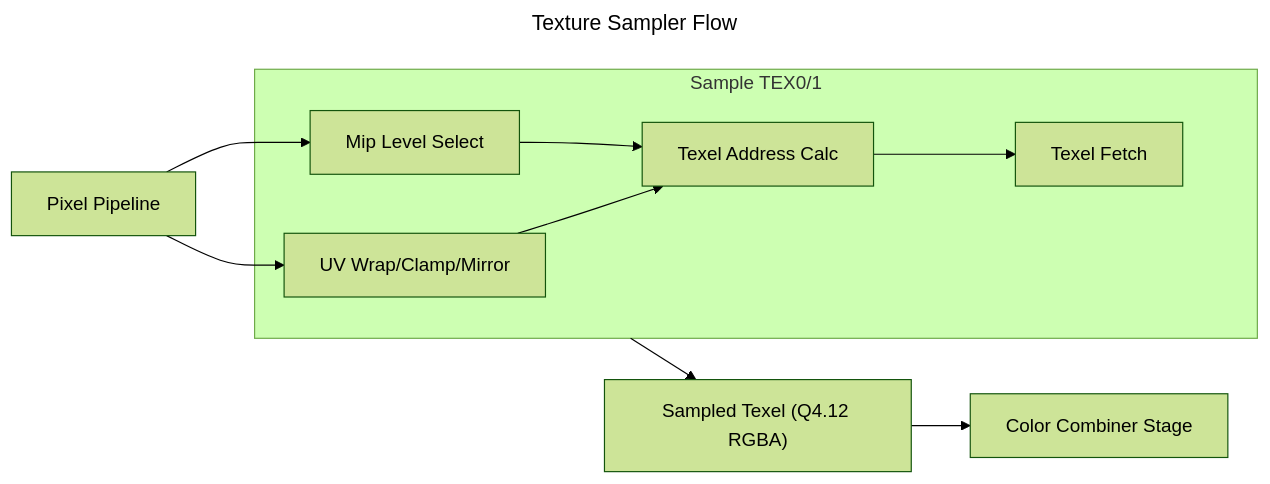
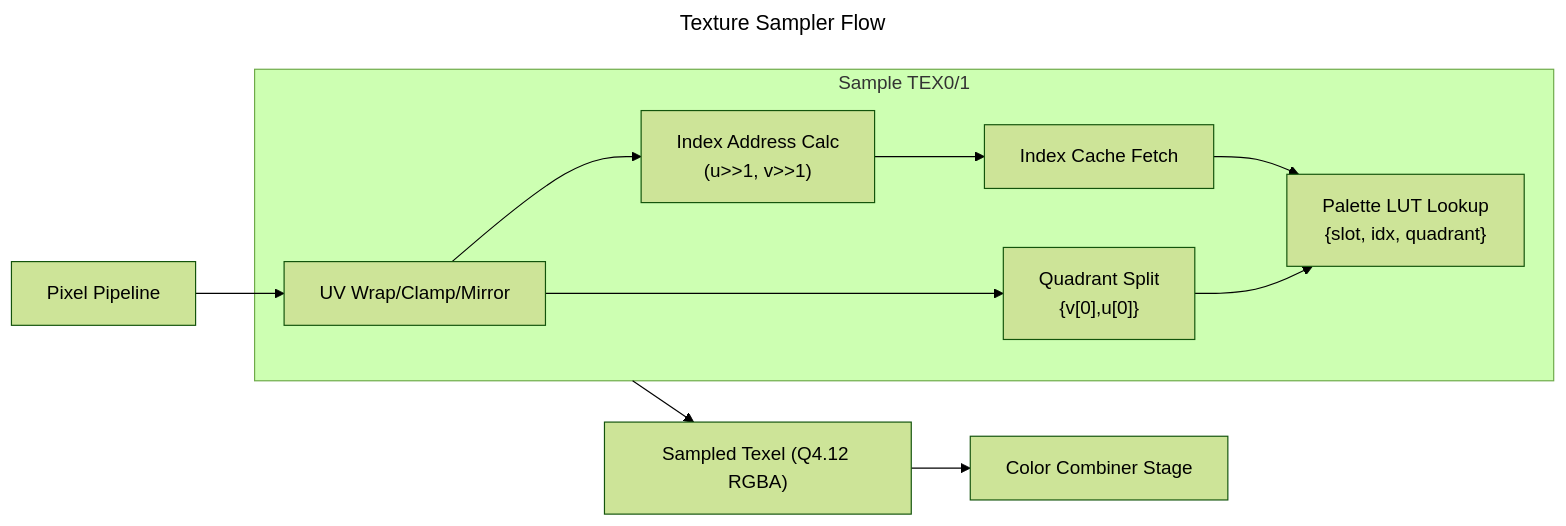
One commit to londey/pico-gs changed the sixth of 10 diagrams in ARCHITECTURE.md. Above: the diagram before and after it, drawn with Mermaid (forest theme). The commit also changed other lines of this file and 43 other files, not shown here.

First line of the commit message:
Enhance verification documentation for perspective road rendering and introduce palette slot verification

````diff
--- a/ARCHITECTURE.md
+++ b/ARCHITECTURE.md
@@ -211,26 +211,26 @@
 ```mermaid
 ---
 title: Texture Sampler Flow
 ---
 flowchart LR
     PIXEL["Pixel Pipeline"]
 
     subgraph TEX_STAGE["Sample TEX0/1"]
         UV_WRAP["UV Wrap/Clamp/Mirror"]
-        MIP_SELECT["Mip Level Select"]
-        TEX_ADDR["Texel Address Calc"]
+        QUAD_SPLIT["Quadrant Split\n{v[0],u[0]}"]
+        IDX_ADDR["Index Address Calc\n(u>>1, v>>1)"]
+        IDX_FETCH["Index Cache Fetch"]
+        PAL_LUT["Palette LUT Lookup\n{slot, idx, quadrant}"]
 
-        TEX_FETCH["Texel Fetch"]
-                
-        UV_WRAP --> TEX_ADDR --> TEX_FETCH
-        MIP_SELECT --> TEX_ADDR
+        UV_WRAP --> QUAD_SPLIT
+        UV_WRAP --> IDX_ADDR --> IDX_FETCH --> PAL_LUT
+        QUAD_SPLIT --> PAL_LUT
     end
 
     TEX_SAMPLE_OUT["Sampled Texel (Q4.12 RGBA)"]
     CC_STAGE["Color Combiner Stage"]
 
     PIXEL --> UV_WRAP
-    PIXEL --> MIP_SELECT
 
     TEX_STAGE --> TEX_SAMPLE_OUT --> CC_STAGE
 ```
````
